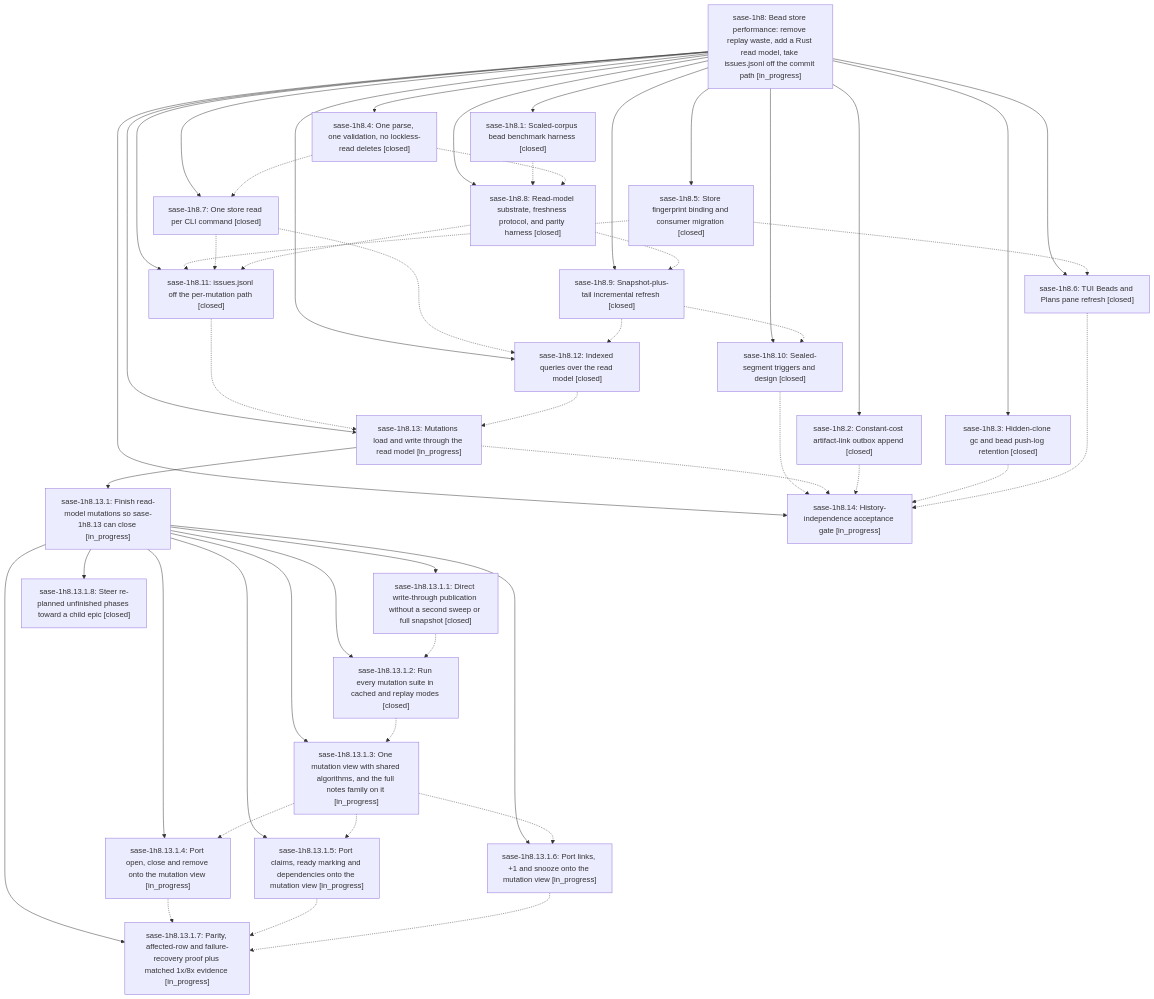
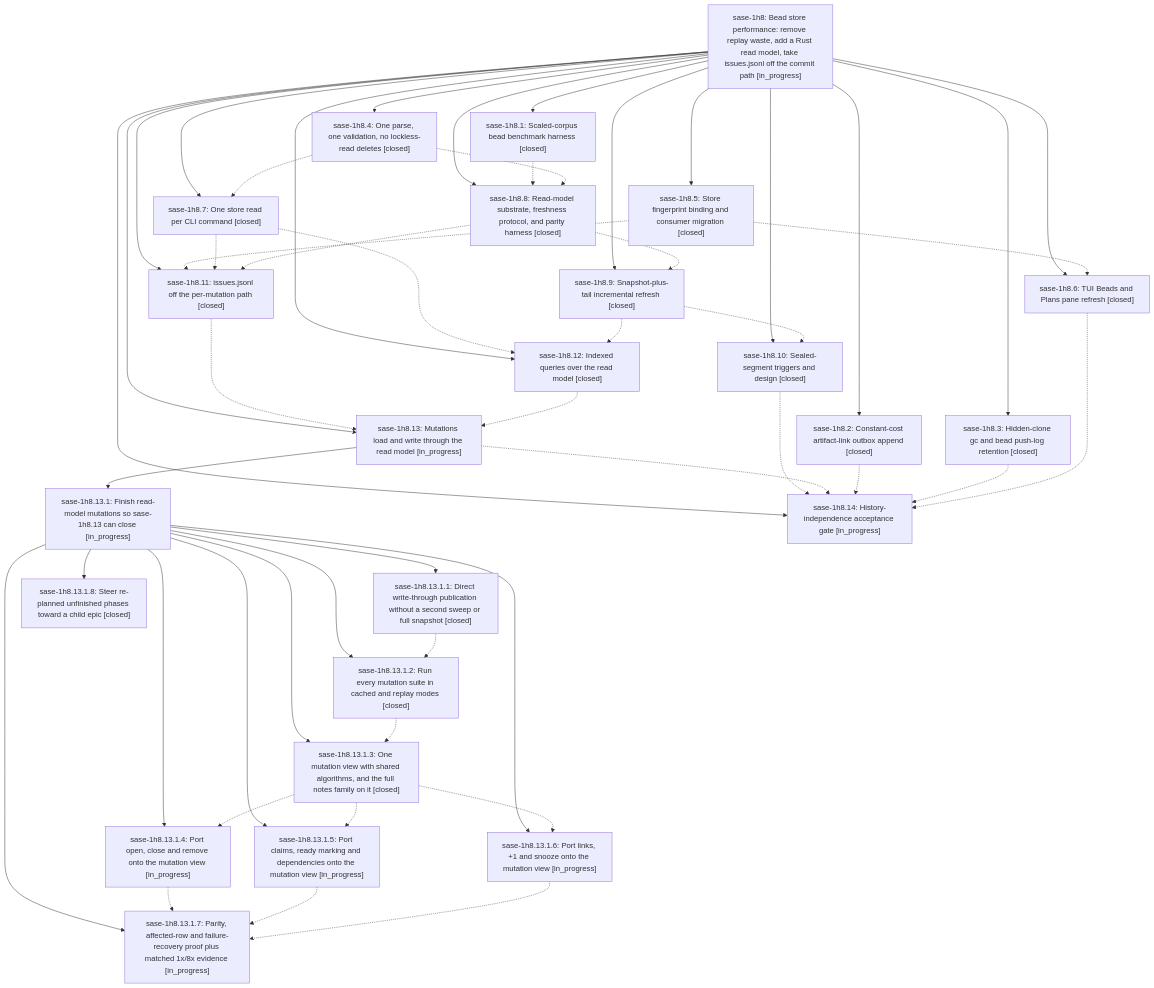
The diagram in pages/sase-1h8/README.md (sase-org/sase--beads), drawn with Mermaid before and after one commit. The commit also changed other lines of this file and 7 other files, not shown here.

````diff
--- a/pages/sase-1h8/README.md
+++ b/pages/sase-1h8/README.md
@@ -61,76 +61,76 @@
 ```mermaid
 flowchart TD
     n0["sase-1h8: Bead store performance: remove replay waste, add a Rust read model, take issues.jsonl off the commit path [in_progress]"]
     n1["sase-1h8.1: Scaled-corpus bead benchmark harness [closed]"]
     n2["sase-1h8.10: Sealed-segment triggers and design [closed]"]
     n3["sase-1h8.11: issues.jsonl off the per-mutation path [closed]"]
     n4["sase-1h8.12: Indexed queries over the read model [closed]"]
     n5["sase-1h8.13: Mutations load and write through the read model [in_progress]"]
     n6["sase-1h8.13.1: Finish read-model mutations so sase-1h8.13 can close [in_progress]"]
     n7["sase-1h8.13.1.1: Direct write-through publication without a second sweep or full snapshot [closed]"]
     n8["sase-1h8.13.1.2: Run every mutation suite in cached and replay modes [closed]"]
-    n9["sase-1h8.13.1.3: One mutation view with shared algorithms, and the full notes family on it [in_progress]"]
+    n9["sase-1h8.13.1.3: One mutation view with shared algorithms, and the full notes family on it [closed]"]
     n10["sase-1h8.13.1.4: Port open, close and remove onto the mutation view [in_progress]"]
     n11["sase-1h8.13.1.5: Port claims, ready marking and dependencies onto the mutation view [in_progress]"]
     n12["sase-1h8.13.1.6: Port links, +1 and snooze onto the mutation view [in_progress]"]
     n13["sase-1h8.13.1.7: Parity, affected-row and failure-recovery proof plus matched 1x/8x evidence [in_progress]"]
     n14["sase-1h8.13.1.8: Steer re-planned unfinished phases toward a child epic [closed]"]
     n15["sase-1h8.14: History-independence acceptance gate [in_progress]"]
     n16["sase-1h8.2: Constant-cost artifact-link outbox append [closed]"]
     n17["sase-1h8.3: Hidden-clone gc and bead push-log retention [closed]"]
     n18["sase-1h8.4: One parse, one validation, no lockless-read deletes [closed]"]
     n19["sase-1h8.5: Store fingerprint binding and consumer migration [closed]"]
     n20["sase-1h8.6: TUI Beads and Plans pane refresh [closed]"]
     n21["sase-1h8.7: One store read per CLI command [closed]"]
     n22["sase-1h8.8: Read-model substrate, freshness protocol, and parity harness [closed]"]
     n23["sase-1h8.9: Snapshot-plus-tail incremental refresh [closed]"]
     n0 --> n1
     n0 --> n2
     n0 --> n3
     n0 --> n4
     n0 --> n5
     n5 --> n6
     n6 --> n7
     n6 --> n8
     n6 --> n9
     n6 --> n10
     n6 --> n11
     n6 --> n12
     n6 --> n13
     n6 --> n14
     n0 --> n15
     n0 --> n16
     n0 --> n17
     n0 --> n18
     n0 --> n19
     n0 --> n20
     n0 --> n21
     n0 --> n22
     n0 --> n23
     n1 -.-> n22
     n2 -.-> n15
     n3 -.-> n5
     n4 -.-> n5
     n5 -.-> n15
     n7 -.-> n8
     n8 -.-> n9
     n9 -.-> n10
     n9 -.-> n11
     n9 -.-> n12
     n10 -.-> n13
     n11 -.-> n13
     n12 -.-> n13
     n16 -.-> n15
     n17 -.-> n15
     n18 -.-> n21
     n18 -.-> n22
     n19 -.-> n3
     n19 -.-> n20
     n20 -.-> n15
     n21 -.-> n3
     n21 -.-> n4
     n22 -.-> n3
     n22 -.-> n23
     n23 -.-> n2
     n23 -.-> n4
 ```
````
